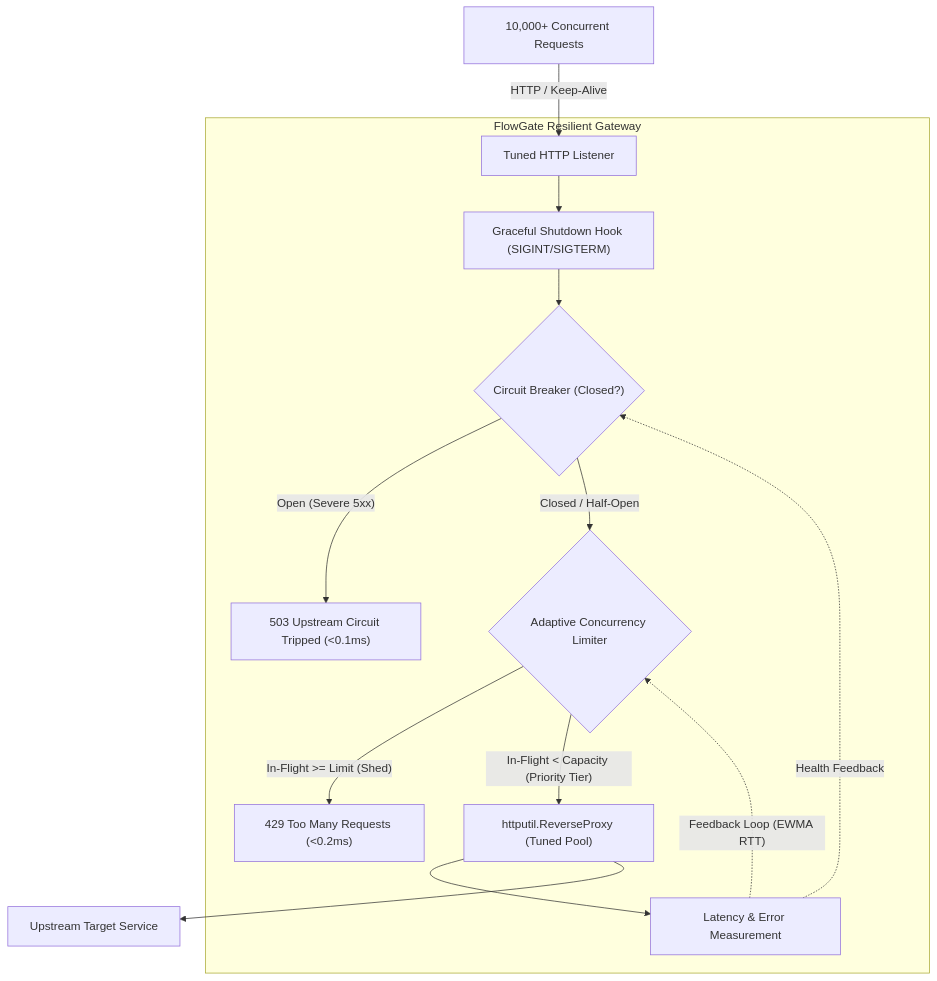
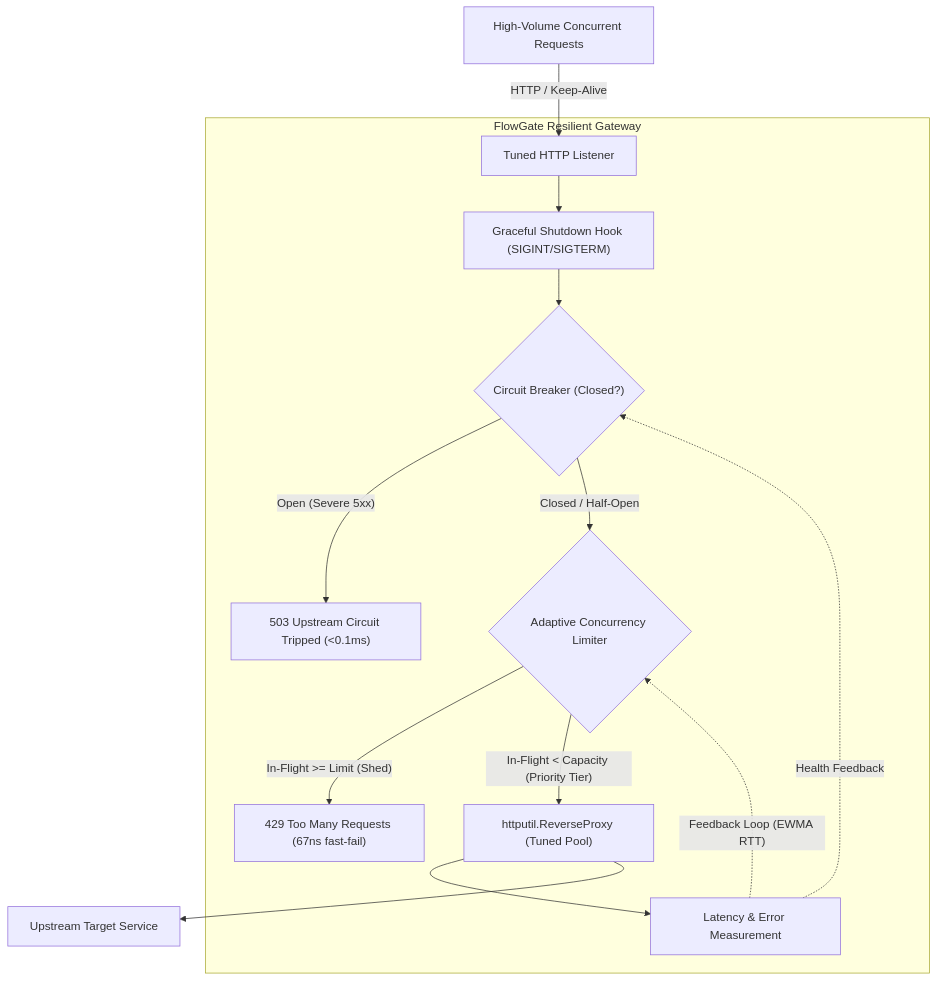
Before and after one commit to No-man1234/FlowGate: the diagram in README.md, drawn with Mermaid. The commit also changed other lines of this file and 6 other files, not shown here.

````diff
--- a/README.md
+++ b/README.md
@@ -17,21 +21,21 @@
 ```mermaid
 flowchart TD
-    Clients["10,000+ Concurrent Requests"] -->|HTTP / Keep-Alive| Listener["Tuned HTTP Listener"]
+    Clients["High-Volume Concurrent Requests"] -->|HTTP / Keep-Alive| Listener["Tuned HTTP Listener"]
     
     subgraph FlowGate ["FlowGate Resilient Gateway"]
         Listener --> Graceful["Graceful Shutdown Hook (SIGINT/SIGTERM)"]
         Graceful --> Breaker{"Circuit Breaker (Closed?)"}
         
         Breaker -->|"Open (Severe 5xx)"| Fast503["503 Upstream Circuit Tripped (<0.1ms)"]
         Breaker -->|"Closed / Half-Open"| Limiter{"Adaptive Concurrency Limiter"}
         
-        Limiter -->|"In-Flight >= Limit (Shed)"| Fast429["429 Too Many Requests (<0.2ms)"]
+        Limiter -->|"In-Flight >= Limit (Shed)"| Fast429["429 Too Many Requests (67ns fast-fail)"]
         Limiter -->|"In-Flight < Capacity (Priority Tier)"| Proxy["httputil.ReverseProxy (Tuned Pool)"]
         
         Proxy --> LatencyProbe["Latency & Error Measurement"]
         LatencyProbe -.->|"Feedback Loop (EWMA RTT)"| Limiter
         LatencyProbe -.->|"Health Feedback"| Breaker
     end
     
     Proxy --> Upstream["Upstream Target Service"]
 ```
````
